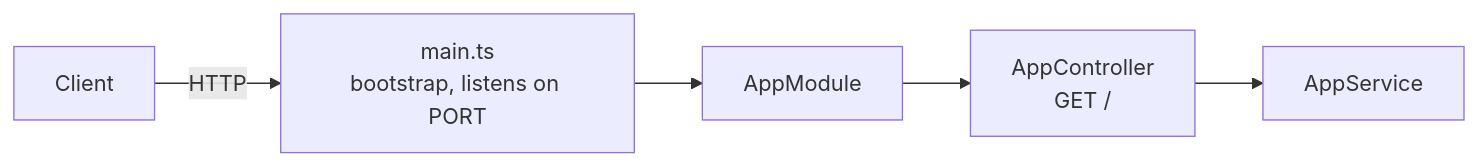
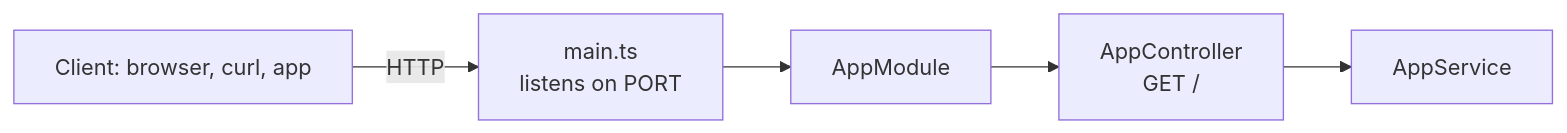
Before and after one commit to light-cloud-com/templates: the diagram in starters/starter-nestjs/README.md, drawn with Mermaid. The commit also changed other lines of this file and 2 other files, not shown here.

````diff
--- a/starters/starter-nestjs/README.md
+++ b/starters/starter-nestjs/README.md
@@ -29,7 +105,7 @@
 ```mermaid
 flowchart LR
-    client["Client"] -->|HTTP| main["main.ts<br/>bootstrap, listens on PORT"]
+    client["Client: browser, curl, app"] -->|HTTP| main["main.ts<br/>listens on PORT"]
     main --> module["AppModule"]
     module --> controller["AppController<br/>GET /"]
     controller --> service["AppService"]
 ```
````
